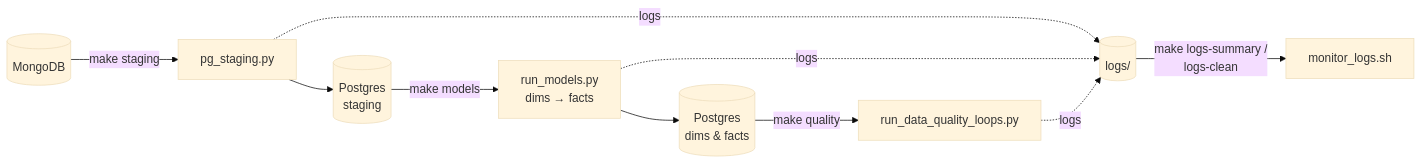
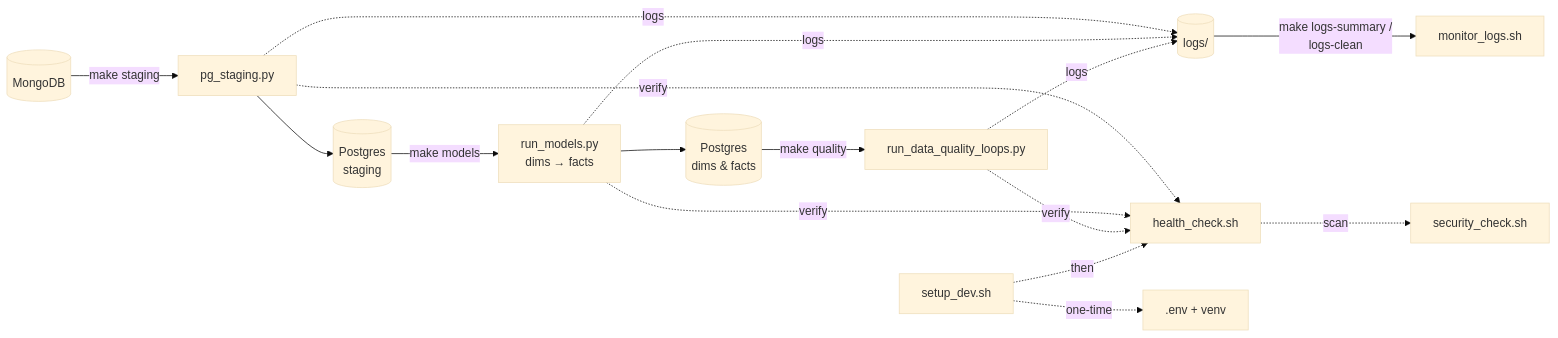
One commit to Nitinx12/Data-Modelling changed the diagram in README.md. Above: the diagram before and after it, drawn with Mermaid (base theme). The commit also changed other lines of this file and 2 other files, not shown here.

````diff
--- a/README.md
+++ b/README.md
@@ -29,14 +29,20 @@
 ```mermaid
 flowchart LR
     Mongo[(MongoDB)] -->|make staging| Staging["pg_staging.py"]
     Staging --> Bronze[(Postgres<br/>staging)]
     Bronze -->|make models| Models["run_models.py<br/>dims → facts"]
     Models --> DW[(Postgres<br/>dims & facts)]
     DW -->|make quality| DQ["run_data_quality_loops.py"]
 
     Staging -.logs.-> Logs[(logs/)]
     Models -.logs.-> Logs
     DQ -.logs.-> Logs
 
     Logs -->|make logs-summary /<br/>logs-clean| Monitor["monitor_logs.sh"]
+    Staging -.verify.-> HC["health_check.sh"]
+    Models -.verify.-> HC
+    DQ -.verify.-> HC
+    HC -.scan.-> Sec["security_check.sh"]
+    Setup["setup_dev.sh"] -.one-time.-> Env[".env + venv"]
+    Setup -.then.-> HC
 ```
````
